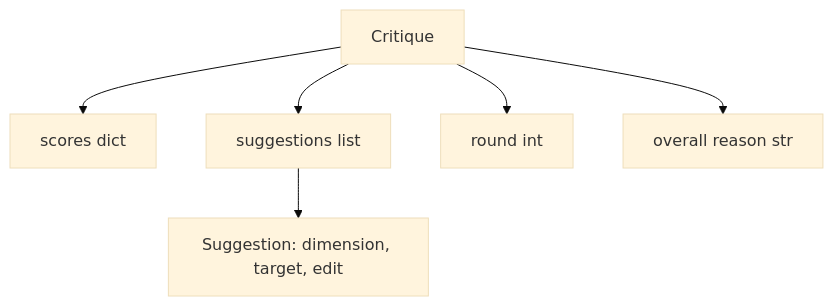
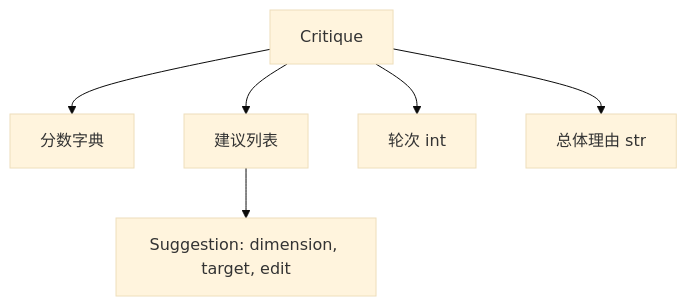
Before and after one commit to alessandrodinisio-ai/ai-engineering-learning-framework: the second of 4 diagrams in phases/19-capstone-projects/55-critic-loop/docs/zh.md, drawn with Mermaid (base theme). The commit also changed other lines of this file and 120 other files, not shown here.

First line of the commit message:
i18n(mermaid): 337 个 mermaid 图表标签中文化

````diff
--- a/phases/19-capstone-projects/55-critic-loop/docs/zh.md
+++ b/phases/19-capstone-projects/55-critic-loop/docs/zh.md
@@ -40,8 +40,8 @@
 ```mermaid
 flowchart TB
-    Critique[Critique] --> Scores[scores dict]
-    Critique --> Sugg[suggestions list]
+    Critique[Critique] --> Scores[分数字典]
+    Critique --> Sugg[建议列表]
     Sugg --> S1[Suggestion: dimension, target, edit]
-    Critique --> Round[round int]
-    Critique --> Reason[overall reason str]
+    Critique --> Round[轮次 int]
+    Critique --> Reason[总体理由 str]
 ```
````
